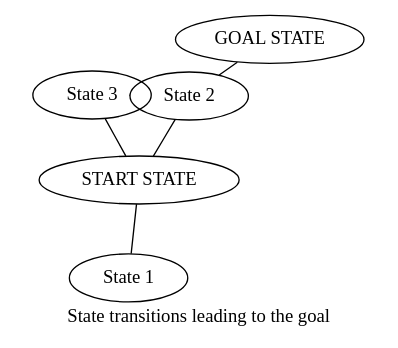
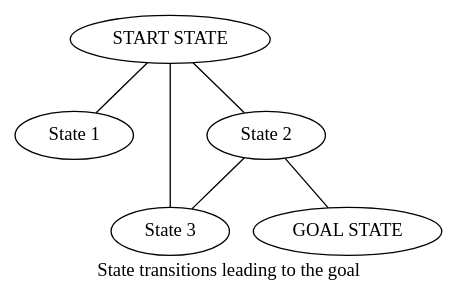
Before and after one commit to brpuneet898/ai-smps-guide: the diagram in introduction.qmd, drawn with Graphviz. The commit also changed 4 other files, not shown here.

````diff
--- a/introduction.qmd
+++ b/introduction.qmd
@@ -33,19 +33,18 @@
 ```{dot}
 graph G {
-    layout=neato;  
     label = "State transitions leading to the goal";  
     labelloc = "b";  
     rankdir = "TB";
     "START STATE" -- "State 1";
     "START STATE" -- "State 2";
     "START STATE" -- "State 3";
     "State 2" -- "State 3";
     "State 2" -- "GOAL STATE";
     node [shape=circle, style=filled, fillcolor=lightblue];
     "START STATE";
     "State 1";
     "State 2";
     "State 3";
     "GOAL STATE";
 }
 ```
````
